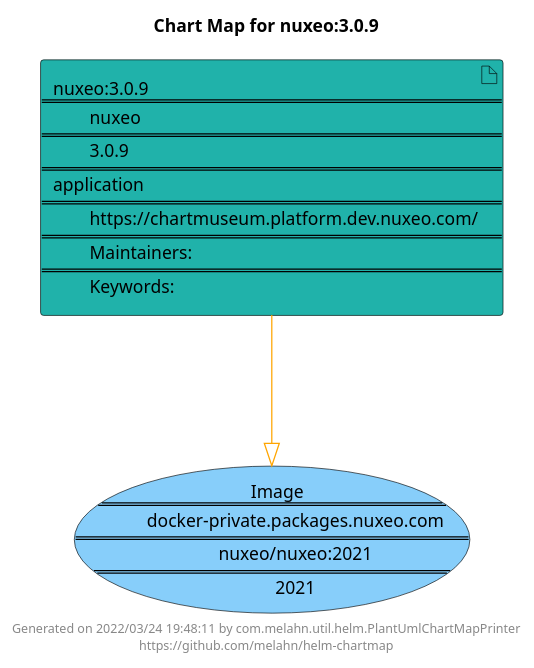
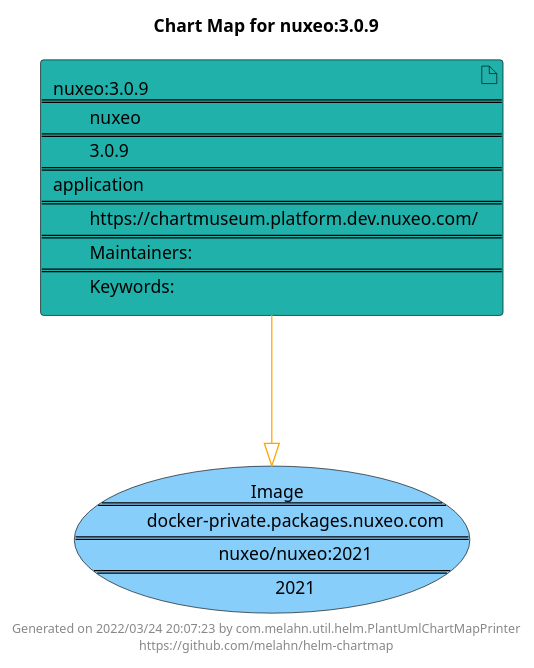
One commit to melahn/helm-chartmap changed the diagram in docs/nuxeo/nuxeo-3.0.9.puml. Above: the diagram before and after it, drawn with PlantUML. The commit also changed 51 other files, not shown here.

Commit message:
Update Example Chart Maps as part of GitHub build

```diff
--- a/docs/nuxeo/nuxeo-3.0.9.puml
+++ b/docs/nuxeo/nuxeo-3.0.9.puml
@@ -1,21 +1,21 @@
 @startuml
 skinparam linetype ortho
 skinparam backgroundColor white
 skinparam usecaseBorderColor black
 skinparam usecaseArrowColor LightSlateGray
 skinparam artifactBorderColor black
 skinparam artifactArrowColor LightSlateGray
 
 title Chart Map for nuxeo:3.0.9
 
 'There is one referenced Helm Chart
 artifact "nuxeo:3.0.9\n====\n\tnuxeo\n====\n\t3.0.9\n====\napplication\n====\n\thttps://chartmuseum.platform.dev.nuxeo.com/\n====\n\tMaintainers: \n====\n\tKeywords: " as nuxeo_3_0_9 #LightSeaGreen
 
 'There is one referenced Docker Image
 usecase "Image\n====\n\tdocker-private.packages.nuxeo.com\n====\n\tnuxeo/nuxeo:2021\n====\n\t2021" as docker_private_packages_nuxeo_com_nuxeo_nuxeo_2021 #LightSkyBlue
 
 'Chart Dependencies
 nuxeo_3_0_9--[#orange]-|>docker_private_packages_nuxeo_com_nuxeo_nuxeo_2021
 
-center footer Generated on 2022/03/24 19:48:11 by com.melahn.util.helm.PlantUmlChartMapPrinter\nhttps://github.com/melahn/helm-chartmap
+center footer Generated on 2022/03/24 20:07:23 by com.melahn.util.helm.PlantUmlChartMapPrinter\nhttps://github.com/melahn/helm-chartmap
 @enduml
```
